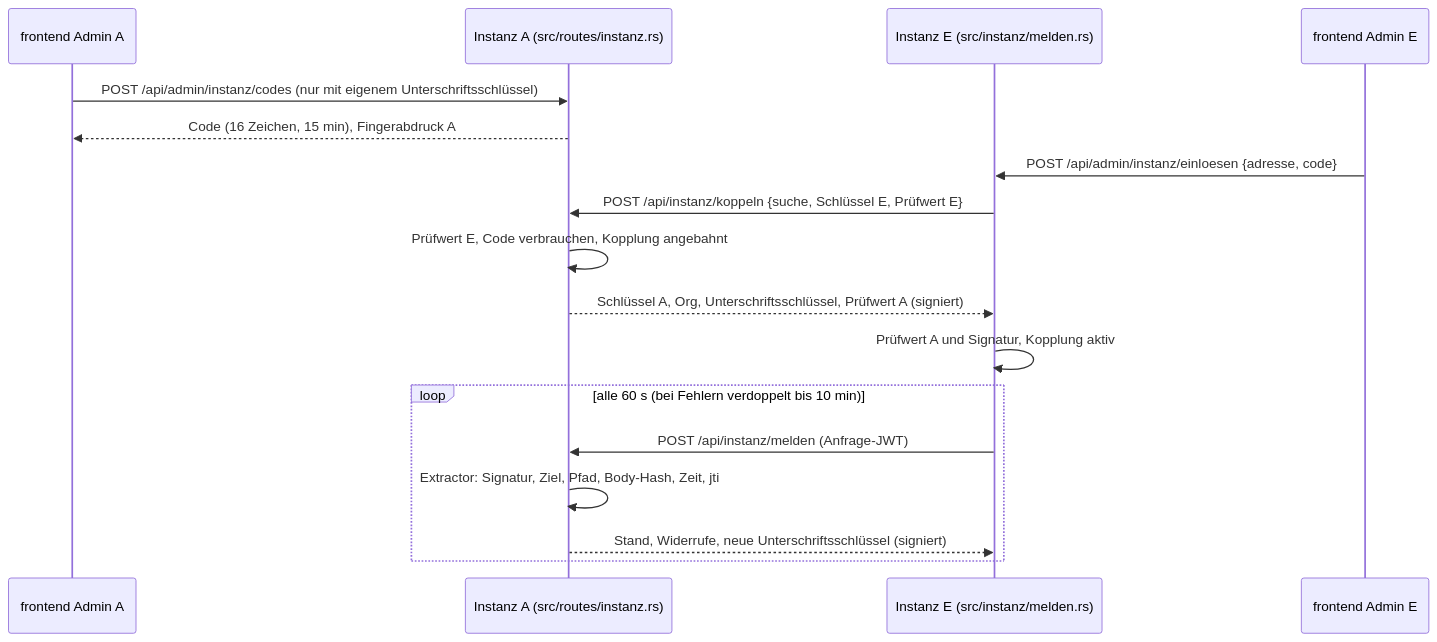
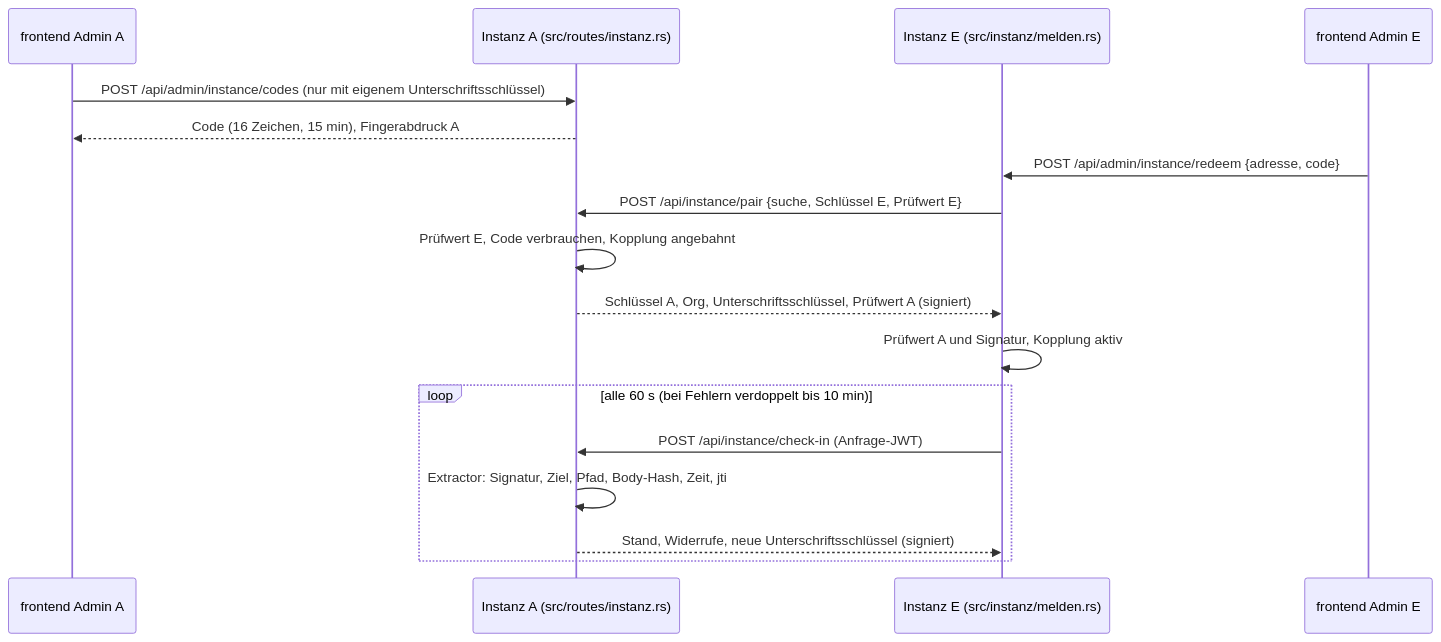
The eighth of 19 diagrams in docs/architektur/06-laufzeitsicht.md (rubenvitt/lifeline-hub), drawn with Mermaid before and after one commit. The commit also changed other lines of this file and 41 other files, not shown here.

````diff
--- a/docs/architektur/06-laufzeitsicht.md
+++ b/docs/architektur/06-laufzeitsicht.md
@@ -293,19 +293,19 @@
 ```mermaid
 sequenceDiagram
   participant AA as frontend Admin A
   participant A as Instanz A (src/routes/instanz.rs)
   participant E as Instanz E (src/instanz/melden.rs)
   participant AE as frontend Admin E
-  AA->>A: POST /api/admin/instanz/codes (nur mit eigenem Unterschriftsschlüssel)
+  AA->>A: POST /api/admin/instance/codes (nur mit eigenem Unterschriftsschlüssel)
   A-->>AA: Code (16 Zeichen, 15 min), Fingerabdruck A
-  AE->>E: POST /api/admin/instanz/einloesen {adresse, code}
-  E->>A: POST /api/instanz/koppeln {suche, Schlüssel E, Prüfwert E}
+  AE->>E: POST /api/admin/instance/redeem {adresse, code}
+  E->>A: POST /api/instance/pair {suche, Schlüssel E, Prüfwert E}
   A->>A: Prüfwert E, Code verbrauchen, Kopplung angebahnt
   A-->>E: Schlüssel A, Org, Unterschriftsschlüssel, Prüfwert A (signiert)
   E->>E: Prüfwert A und Signatur, Kopplung aktiv
   loop alle 60 s (bei Fehlern verdoppelt bis 10 min)
-    E->>A: POST /api/instanz/melden (Anfrage-JWT)
+    E->>A: POST /api/instance/check-in (Anfrage-JWT)
     A->>A: Extractor: Signatur, Ziel, Pfad, Body-Hash, Zeit, jti
     A-->>E: Stand, Widerrufe, neue Unterschriftsschlüssel (signiert)
   end
 ```
````
